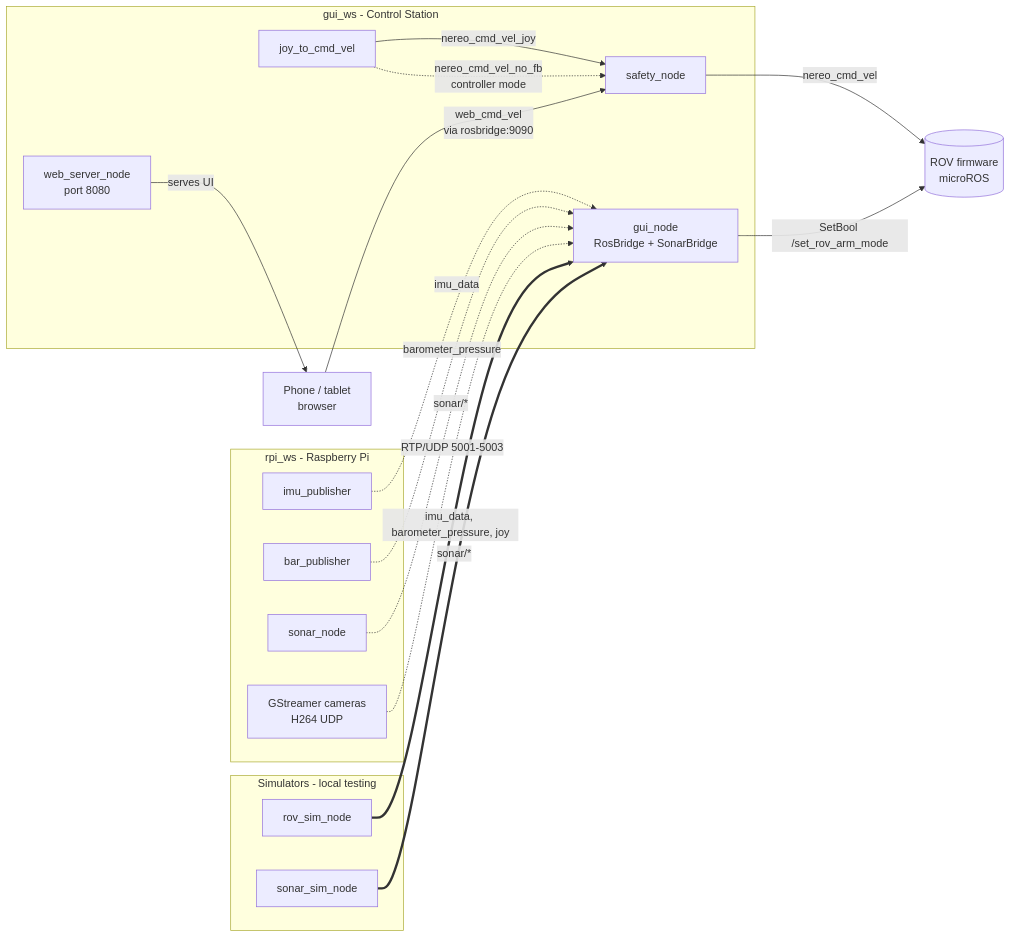
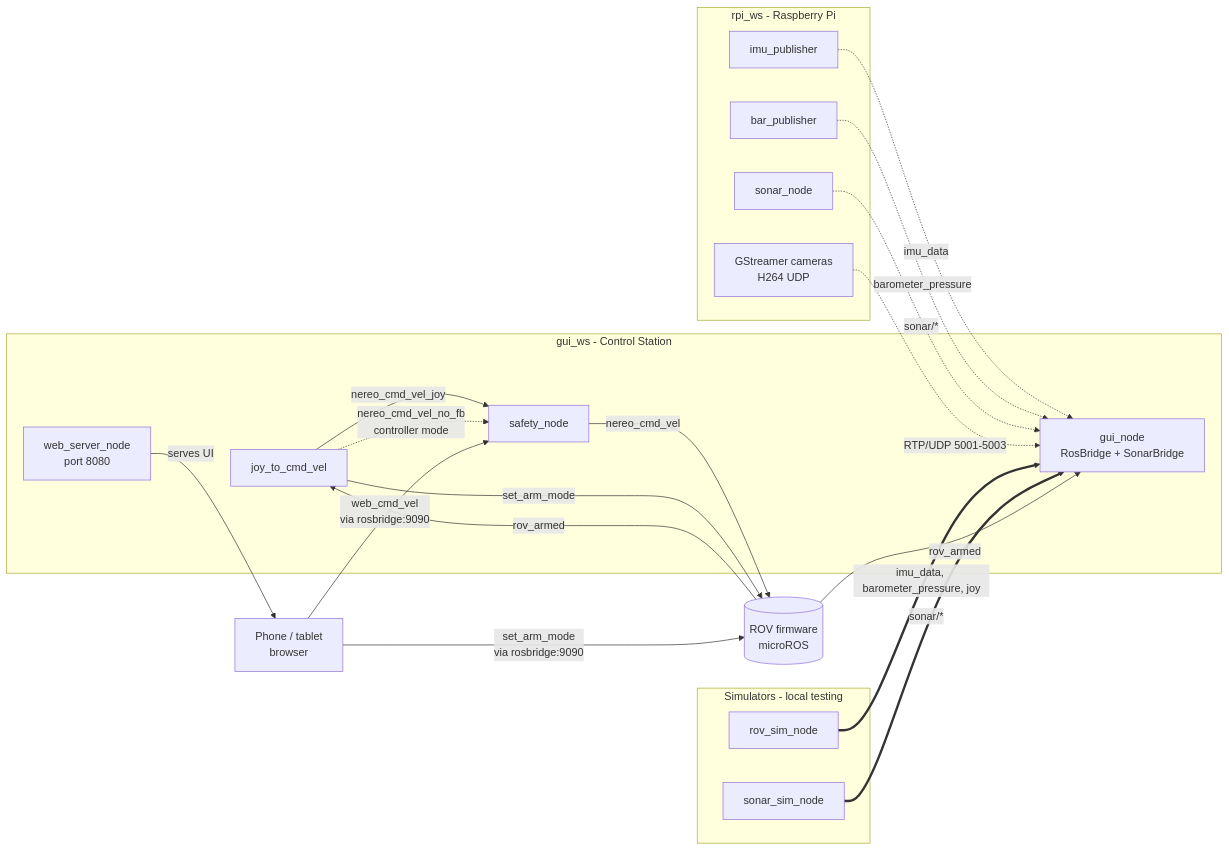
Before and after one commit to PoliTOcean/nereo_ros2_code: the diagram in README.md, drawn with Mermaid. The commit also changed other lines of this file and 7 other files, not shown here.

First line of the commit message:
feat: replace arm service with topics, add ROV connection heartbeat

````diff
--- a/README.md
+++ b/README.md
@@ -130,38 +147,41 @@
 ```mermaid
 graph LR
    subgraph RPI[rpi_ws - Raspberry Pi]
       IMU[imu_publisher]
       BAR[bar_publisher]
       SONAR[sonar_node]
       CAM[GStreamer cameras\nH264 UDP]
    end
 
    subgraph CTRL[gui_ws - Control Station]
       GUI[gui_node\nRosBridge + SonarBridge]
       JOY[joy_to_cmd_vel]
       SAFETY[safety_node]
       WEB[web_server_node\nport 8080]
    end
 
    subgraph SIM[Simulators - local testing]
       ROVSIM[rov_sim_node]
       SONARSIM[sonar_sim_node]
    end
 
    PHONE[Phone / tablet\nbrowser]
 
    IMU -.->|imu_data| GUI
    BAR -.->|barometer_pressure| GUI
    SONAR -.->|sonar/*| GUI
    CAM -.->|RTP/UDP 5001-5003| GUI
 
    ROVSIM ==>|imu_data, barometer_pressure, joy| GUI
    SONARSIM ==>|sonar/*| GUI
 
    JOY -->|nereo_cmd_vel_joy| SAFETY
    JOY -.->|nereo_cmd_vel_no_fb\ncontroller mode| SAFETY
    PHONE -->|web_cmd_vel\nvia rosbridge:9090| SAFETY
    WEB -->|serves UI| PHONE
    SAFETY -->|nereo_cmd_vel| ROV[(ROV firmware\nmicroROS)]
-   GUI -->|SetBool /set_rov_arm_mode| ROV
+   JOY -->|set_arm_mode| ROV
+   PHONE -->|set_arm_mode\nvia rosbridge:9090| ROV
+   ROV -->|rov_armed| GUI
+   ROV -->|rov_armed| JOY
 ```
````
